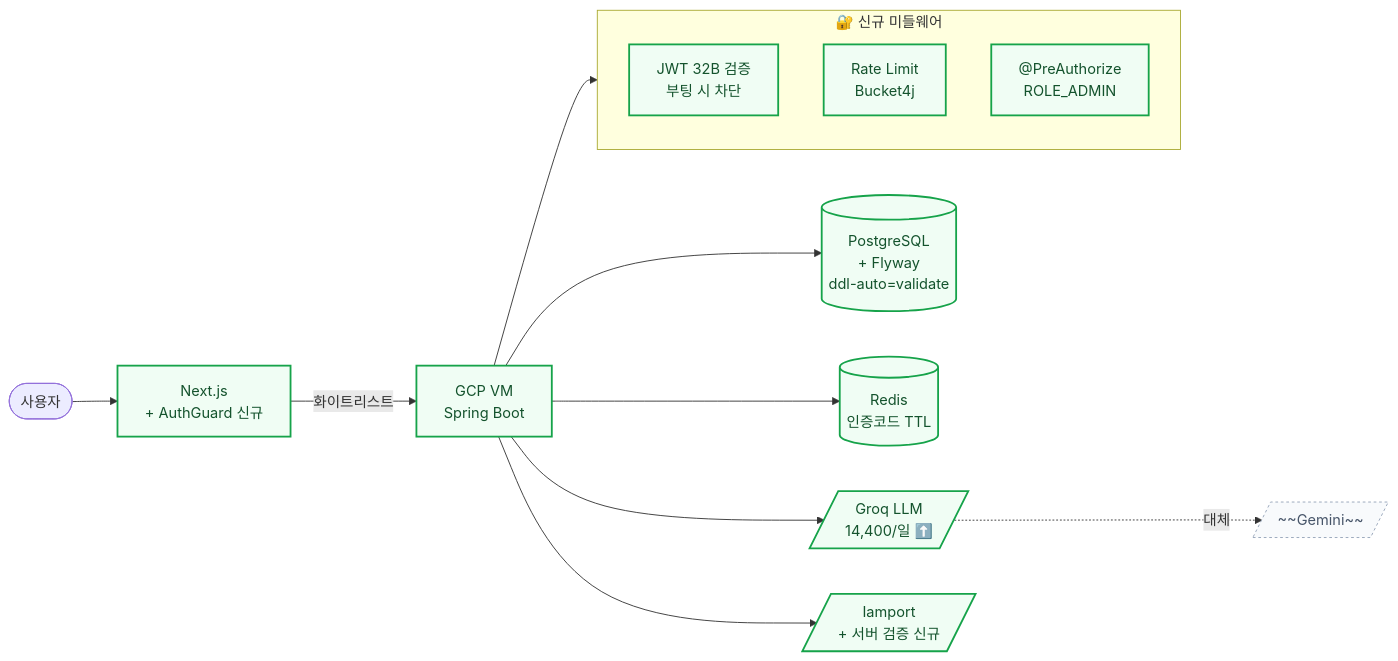
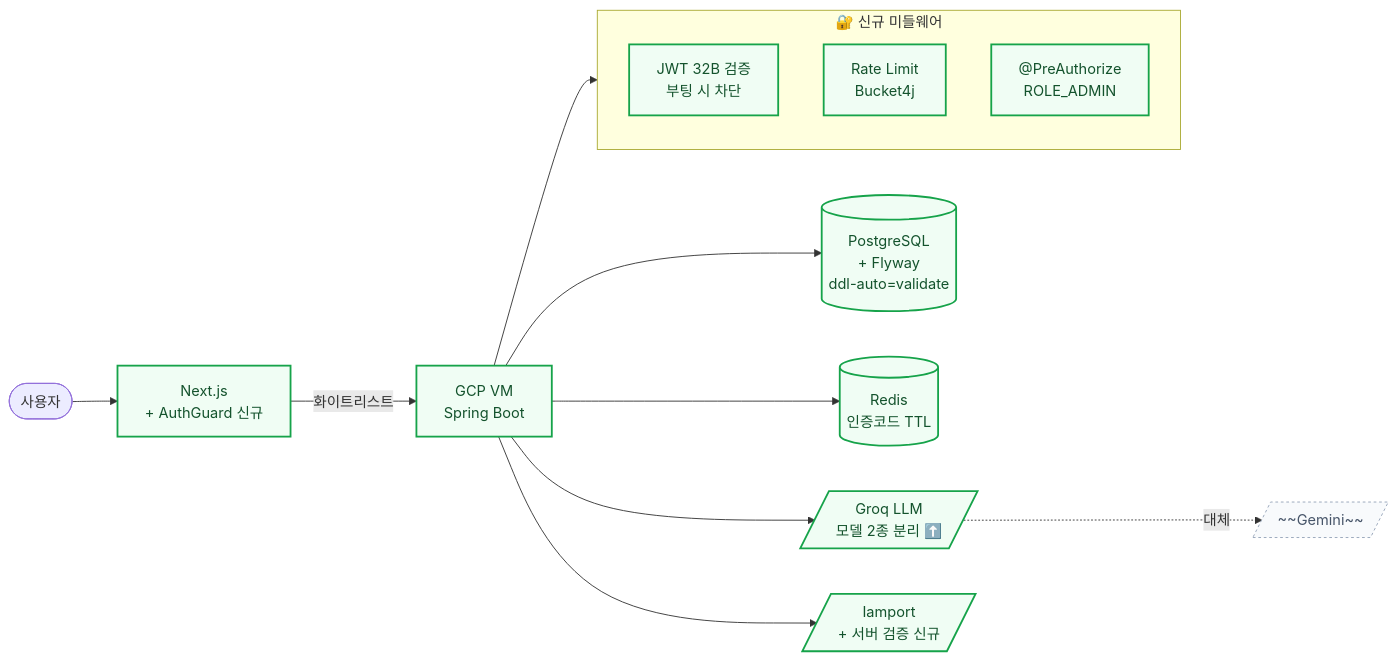
One commit to hanshhx/pop-spot changed the third of 8 diagrams in popspot-backend/ARCHITECTURE.md. Above: the diagram before and after it, drawn with Mermaid. The commit also changed other lines of this file and 5 other files, not shown here.

````diff
--- a/popspot-backend/ARCHITECTURE.md
+++ b/popspot-backend/ARCHITECTURE.md
@@ -177,22 +177,22 @@
 ```mermaid
 flowchart LR
     classDef new fill:#f0fdf4,stroke:#16a34a,color:#14532d,stroke-width:2px
     classDef old fill:#f8fafc,stroke:#94a3b8,color:#475569,stroke-width:1px,stroke-dasharray:3 3
 
     User([사용자]) --> Vercel[Next.js<br/>+ AuthGuard 신규]:::new
     Vercel -->|화이트리스트| GCP["GCP VM<br/>Spring Boot"]:::new
 
     subgraph Mid["🔐 신규 미들웨어"]
         JWT["JWT 32B 검증<br/>부팅 시 차단"]:::new
         RL["Rate Limit<br/>Bucket4j"]:::new
         Adm["@PreAuthorize<br/>ROLE_ADMIN"]:::new
     end
 
     GCP --> Mid
     GCP --> PG[(PostgreSQL<br/>+ Flyway<br/>ddl-auto=validate)]:::new
     GCP --> Redis[(Redis<br/>인증코드 TTL)]:::new
-    GCP --> Groq[/"Groq LLM<br/>14,400/일 ⬆️"/]:::new
+    GCP --> Groq[/"Groq LLM<br/>모델 2종 분리 ⬆️"/]:::new
     Groq -.대체.-> GeminiOld[/"~~Gemini~~"/]:::old
 
     GCP --> Iamport[/"Iamport<br/>+ 서버 검증 신규"/]:::new
 ```
````
